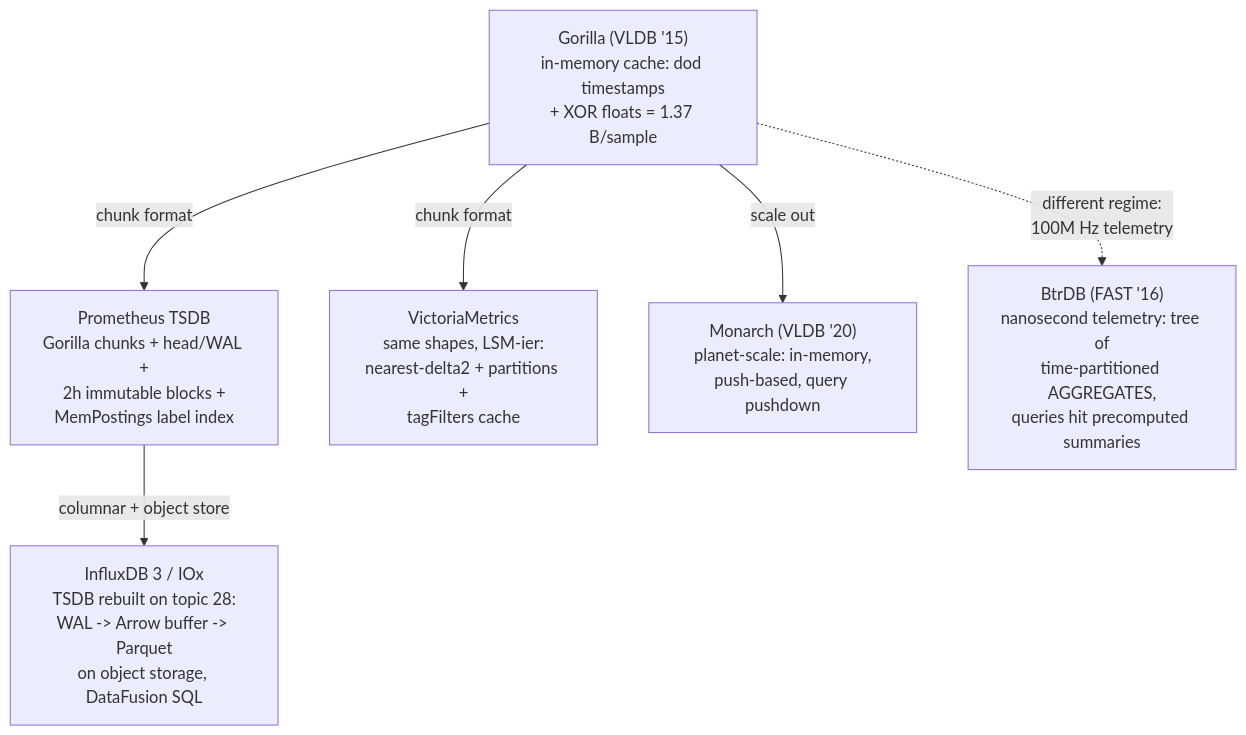
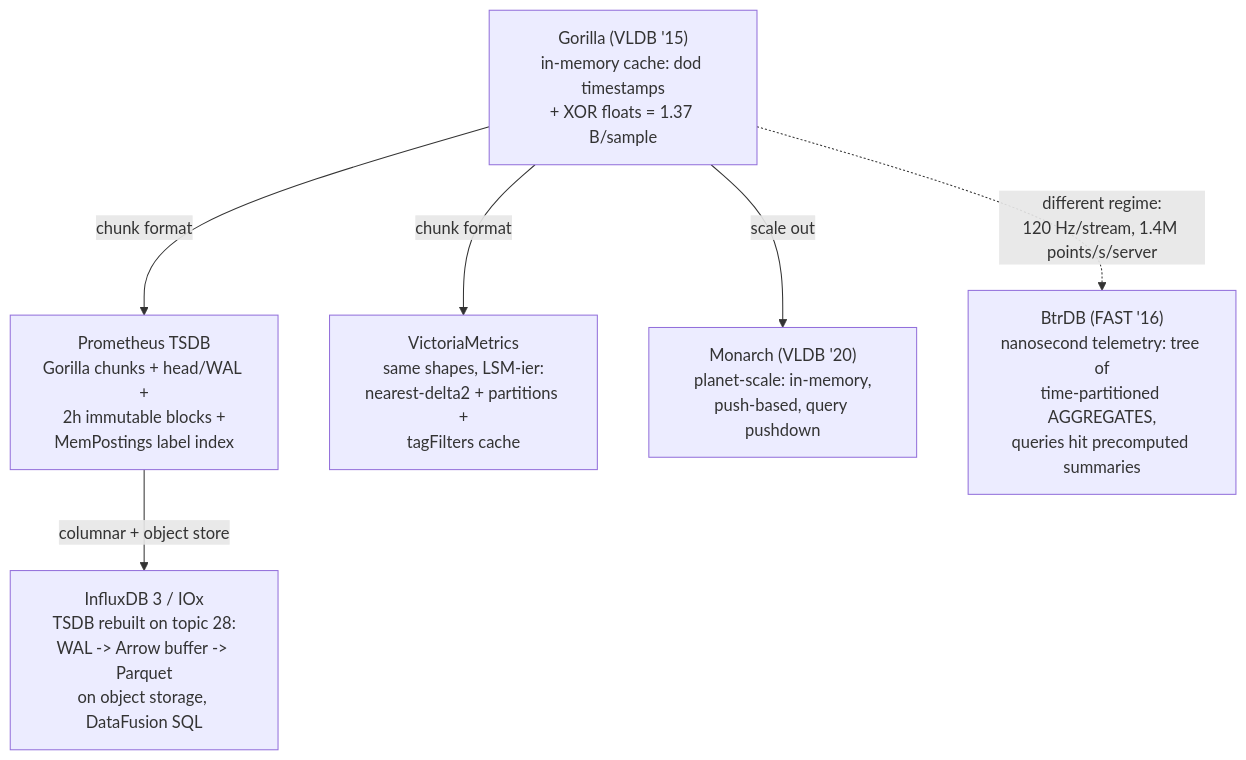
The diagram in topics/30-timeseries/README.md (AviAvni/database-learning-path), drawn with Mermaid before and after one commit. The commit also changed 4 other files, not shown here.

````diff
--- a/topics/30-timeseries/README.md
+++ b/topics/30-timeseries/README.md
@@ -58,14 +58,14 @@
 ```mermaid
 graph TD
     G["Gorilla (VLDB '15)<br/>in-memory cache: dod timestamps<br/>+ XOR floats = 1.37 B/sample"]
     P["Prometheus TSDB<br/>Gorilla chunks + head/WAL +<br/>2h immutable blocks +<br/>MemPostings label index"]
     VM["VictoriaMetrics<br/>same shapes, LSM-ier:<br/>nearest-delta2 + partitions +<br/>tagFilters cache"]
     IOX["InfluxDB 3 / IOx<br/>TSDB rebuilt on topic 28:<br/>WAL -> Arrow buffer -> Parquet<br/>on object storage, DataFusion SQL"]
     M["Monarch (VLDB '20)<br/>planet-scale: in-memory,<br/>push-based, query pushdown"]
     B["BtrDB (FAST '16)<br/>nanosecond telemetry: tree of<br/>time-partitioned AGGREGATES,<br/>queries hit precomputed summaries"]
     G -->|"chunk format"| P
     G -->|"chunk format"| VM
     P -->|"columnar + object store"| IOX
     G -->|"scale out"| M
-    G -.->|"different regime:<br/>100M Hz telemetry"| B
+    G -.->|"different regime:<br/>120 Hz/stream, 1.4M points/s/server"| B
 ```
````
